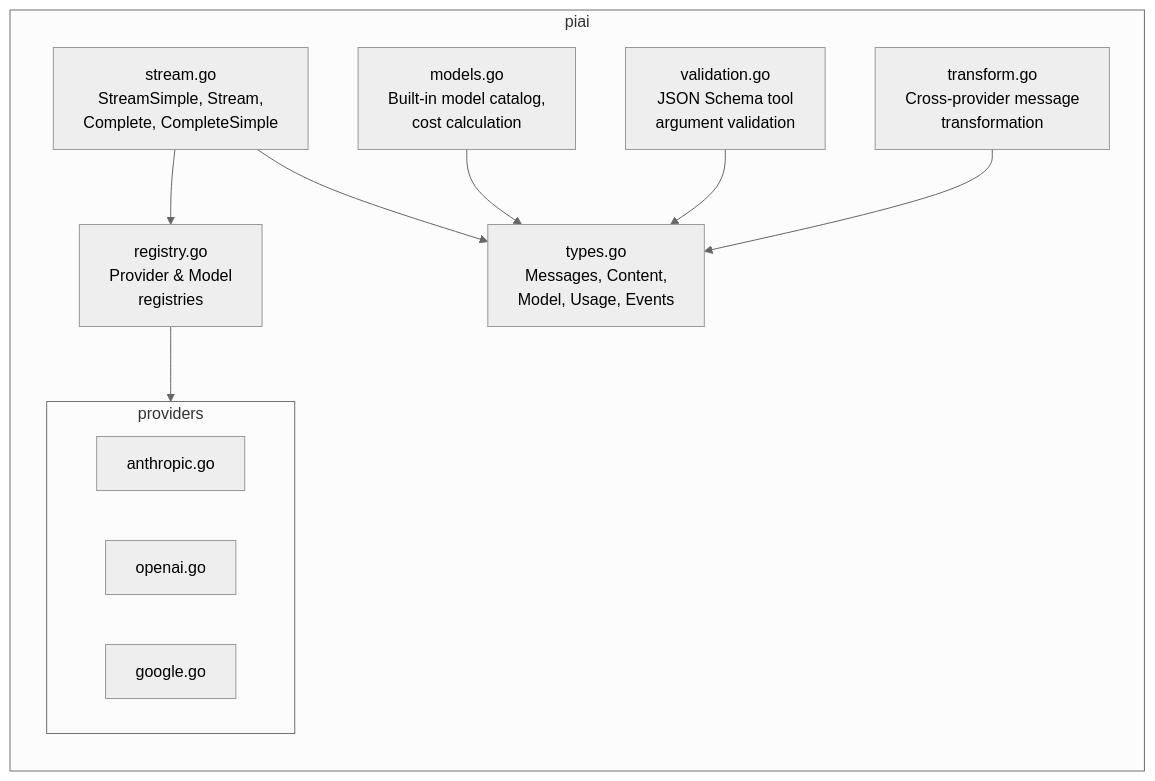
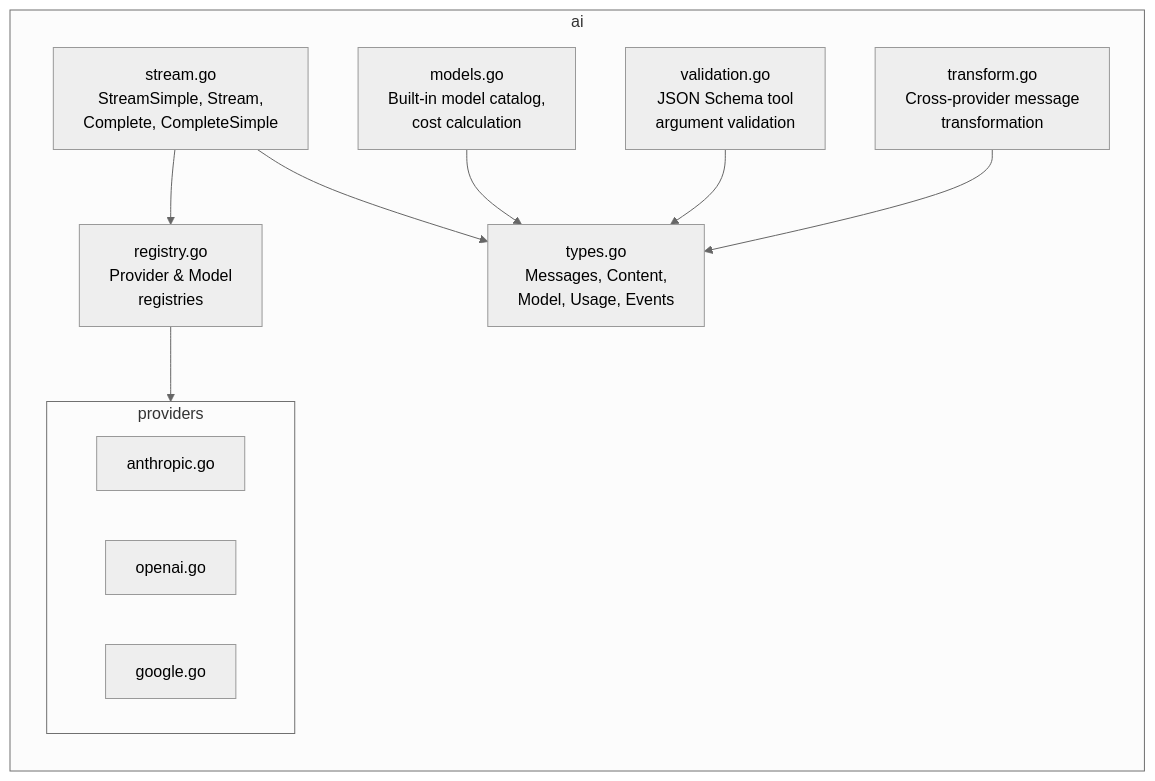
Before and after one commit to dcosson/flex-agent-runtime: the second of 5 diagrams in docs/plans/00-architecture.md, drawn with Mermaid (neutral theme). The commit also changed other lines of this file and 1 other file, not shown here.

First line of the commit message:
Rename packages: piai→ai, piagent→agent; add internal/ structure

````diff
--- a/docs/plans/00-architecture.md
+++ b/docs/plans/00-architecture.md
@@ -71,25 +71,25 @@
 ```mermaid
 graph LR
-    subgraph piai
+    subgraph ai
         direction TB
         types[types.go<br/>Messages, Content,<br/>Model, Usage, Events]
         stream[stream.go<br/>StreamSimple, Stream,<br/>Complete, CompleteSimple]
         registry[registry.go<br/>Provider & Model<br/>registries]
         models[models.go<br/>Built-in model catalog,<br/>cost calculation]
         validation[validation.go<br/>JSON Schema tool<br/>argument validation]
         transform[transform.go<br/>Cross-provider message<br/>transformation]
 
         subgraph providers
             anthropic[anthropic.go]
             openai[openai.go]
             google[google.go]
         end
 
         stream --> registry
         stream --> types
         registry --> providers
         models --> types
         validation --> types
         transform --> types
     end
 ```
````
